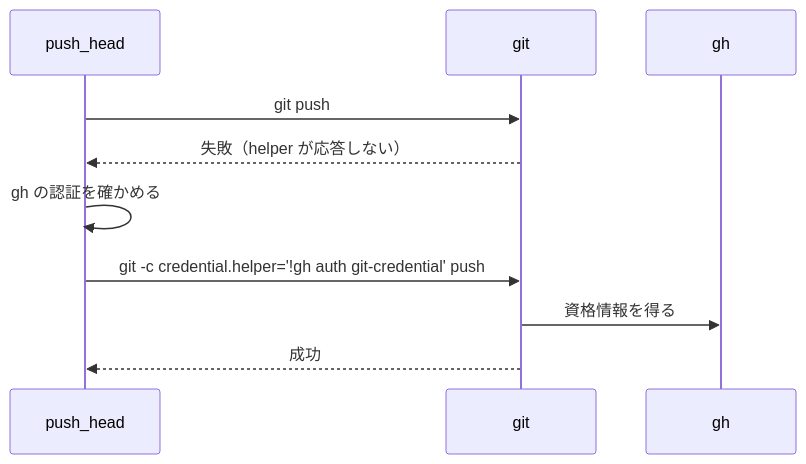
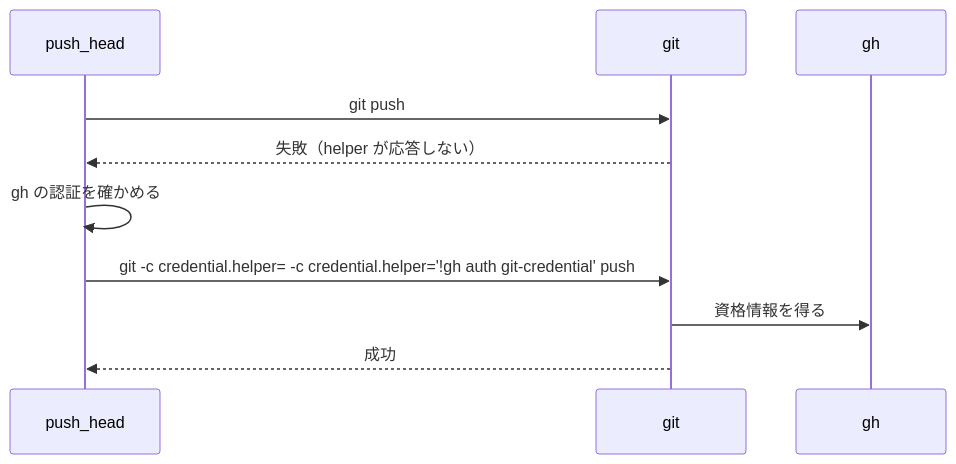
One commit to devbasex/ai-plugins changed the fourth of 5 diagrams in issues/issue-518-524-design.md. Above: the diagram before and after it, drawn with Mermaid. The commit also changed other lines of this file, not shown here.

````diff
--- a/issues/issue-518-524-design.md
+++ b/issues/issue-518-524-design.md
@@ -132,12 +191,12 @@
 ```mermaid
 sequenceDiagram
     participant P as push_head
     participant G as git
     participant H as gh
     P->>G: git push
     G-->>P: 失敗（helper が応答しない）
     P->>P: gh の認証を確かめる
-    P->>G: git -c credential.helper='!gh auth git-credential' push
+    P->>G: git -c credential.helper= -c credential.helper='!gh auth git-credential' push
     G->>H: 資格情報を得る
     G-->>P: 成功
 ```
````
